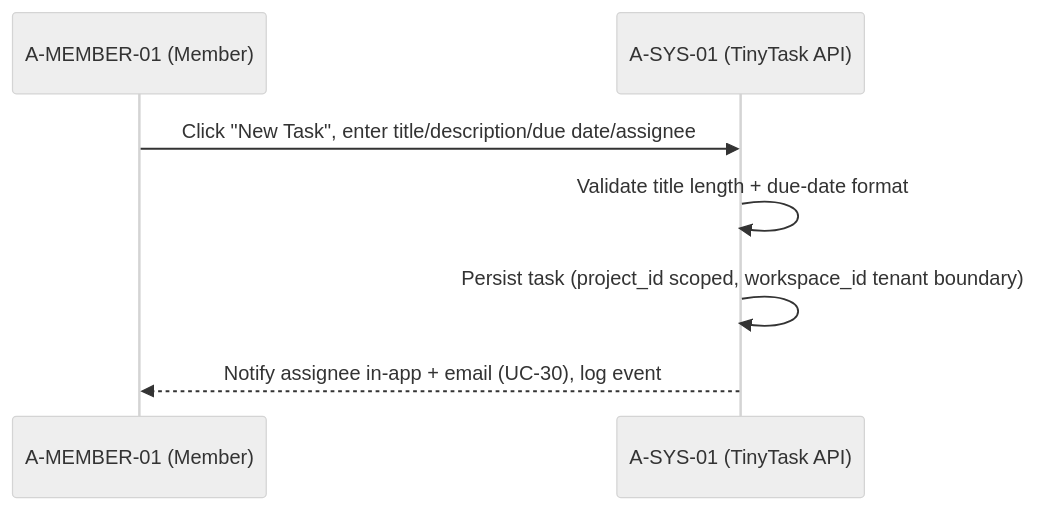
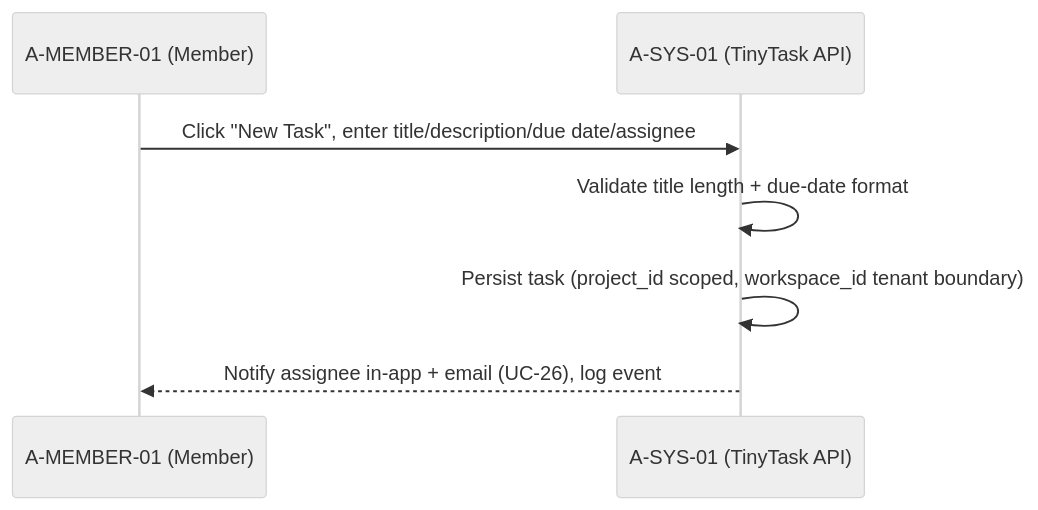
Before and after one commit to pauloribeiro16/Methodology_compact: the eighth of 23 diagrams in 02_CASES/Case_01_TinyTask_SaaS/03_PHASE3_DECOMPOSITION_RICH/annexes/B_Sequence_Diagrams.md, drawn with Mermaid (neutral theme). The commit also changed other lines of this file and 23 other files, not shown here.

Commit message:
[EXECUTOR] F3 ledger-zero C1: 4 borderline re-laned (UC-07/11/12/16 → PROC-18..21, P7) + compact renumber (36 UCs: compliance 01..13, product 14..36); Doc20 v3.4 + Doc32 v1.3 (4 SSDF cards + articulation) + annexes/SVGs; gates green (verify_rich exit 0, mermaid 196/196, smoke 16/16)

````diff
--- a/02_CASES/Case_01_TinyTask_SaaS/03_PHASE3_DECOMPOSITION_RICH/annexes/B_Sequence_Diagrams.md
+++ b/02_CASES/Case_01_TinyTask_SaaS/03_PHASE3_DECOMPOSITION_RICH/annexes/B_Sequence_Diagrams.md
@@ -111,9 +111,9 @@
 ```mermaid
 sequenceDiagram
     participant M as A-MEMBER-01 (Member)
     participant SYS as A-SYS-01 (TinyTask API)
     M->>SYS: Click "New Task", enter title/description/due date/assignee
     SYS->>SYS: Validate title length + due-date format
     SYS->>SYS: Persist task (project_id scoped, workspace_id tenant boundary)
-    SYS-->>M: Notify assignee in-app + email (UC-30), log event
+    SYS-->>M: Notify assignee in-app + email (UC-26), log event
 ```
````
